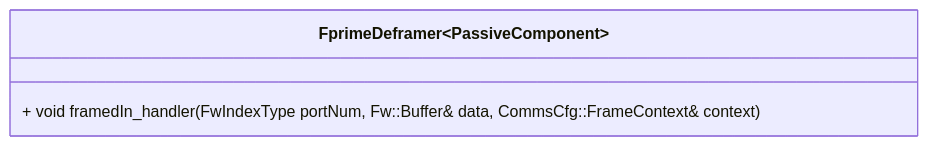
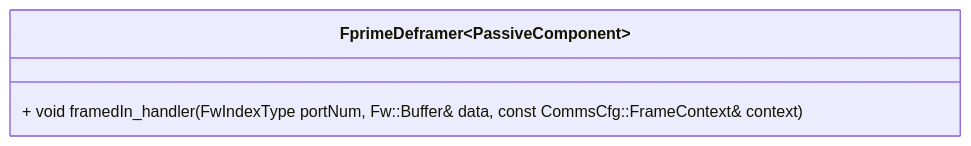
One commit to nasa/fprime changed the diagram in Svc/FprimeDeframer/docs/sdd.md. Above: the diagram before and after it, drawn with Mermaid. The commit also changed 11 other files, not shown here.

Commit message:
Use const reference for FrameContext port

````diff
--- a/Svc/FprimeDeframer/docs/sdd.md
+++ b/Svc/FprimeDeframer/docs/sdd.md
@@ -41,6 +41,6 @@
 ```mermaid
 classDiagram
     class FprimeDeframer~PassiveComponent~ {
-        + void framedIn_handler(FwIndexType portNum, Fw::Buffer& data, CommsCfg::FrameContext& context)
+        + void framedIn_handler(FwIndexType portNum, Fw::Buffer& data, const CommsCfg::FrameContext& context)
     }
 ```
````
